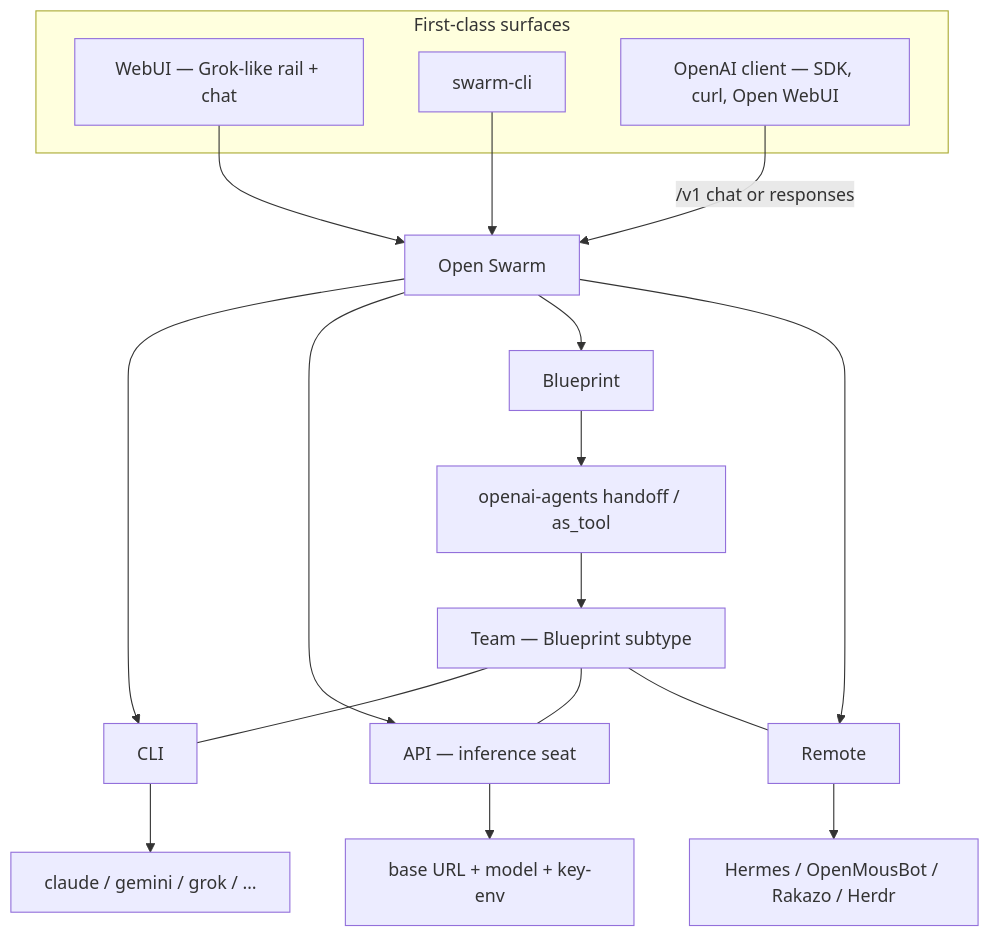
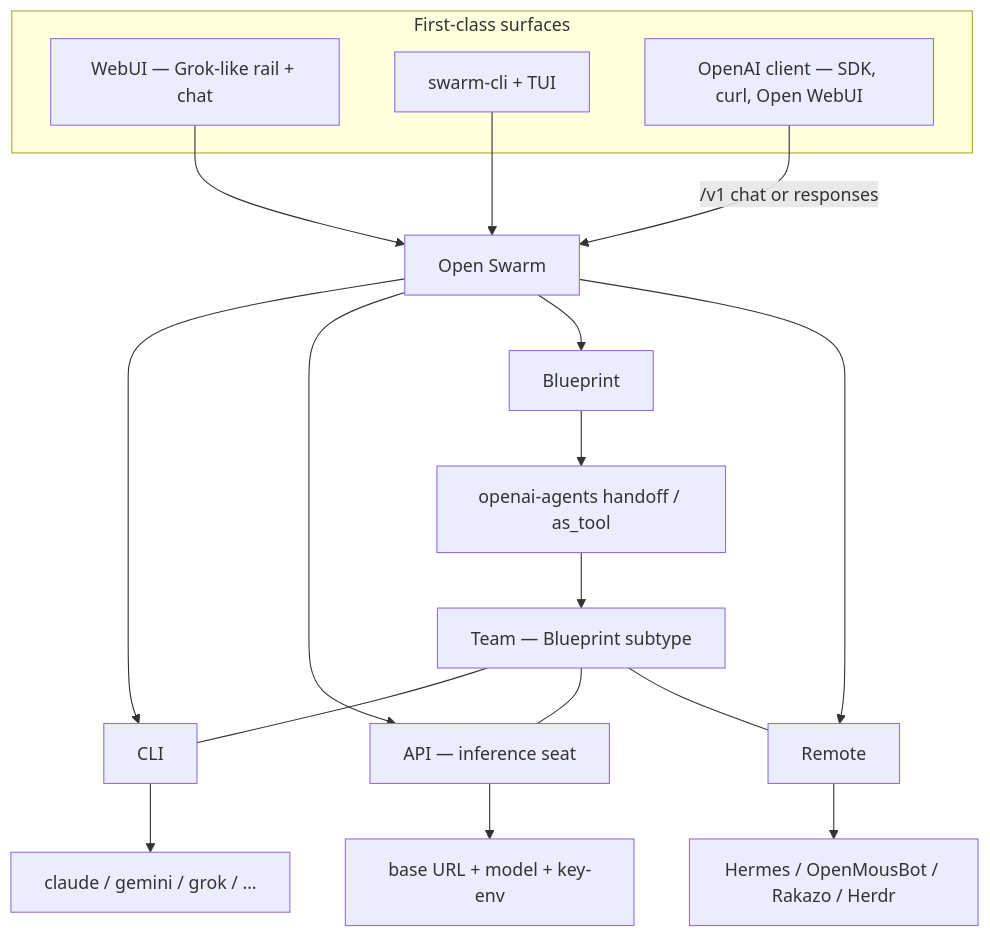
Before and after one commit to matthewhand/open-swarm: the diagram in docs/VISION.md, drawn with Mermaid. The commit also changed other lines of this file and 66 other files, not shown here.

First line of the commit message:
feat(cli): REQ-111 swarm-cli TUI (Waves 0-4b) + REQ-79 survival — compound mirror PR (#893)

````diff
--- a/docs/VISION.md
+++ b/docs/VISION.md
@@ -220,24 +228,24 @@
 ```mermaid
 flowchart TB
   subgraph surfaces [First-class surfaces]
     UI["WebUI — Grok-like rail + chat"]
-    CLI_UX["swarm-cli"]
+    CLI_UX["swarm-cli + TUI"]
     CLIENT["OpenAI client — SDK, curl, Open WebUI"]
   end
   OS[Open Swarm]
   UI --> OS
   CLI_UX --> OS
   CLIENT -->|"/v1 chat or responses"| OS
   OS --> KCLI[CLI]
   OS --> KAPI["API — inference seat"]
   OS --> KBP[Blueprint]
   OS --> KREM[Remote]
   KBP --> Graph["openai-agents handoff / as_tool"]
   Graph --> Team["Team — Blueprint subtype"]
   Team --- KCLI
   Team --- KAPI
   Team --- KREM
   KCLI --> Host["claude / gemini / grok / …"]
   KAPI --> Infer["base URL + model + key-env"]
   KREM --> Impl["Hermes / OpenMousBot / Rakazo / Herdr"]
 ```
````
